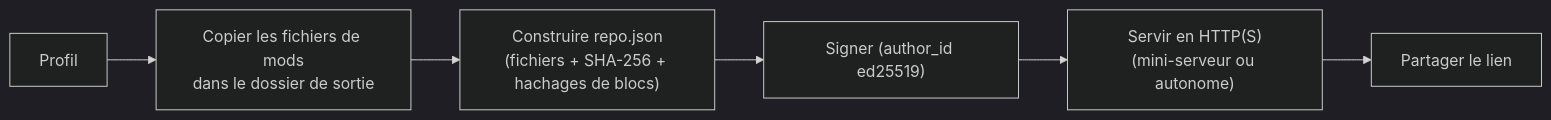
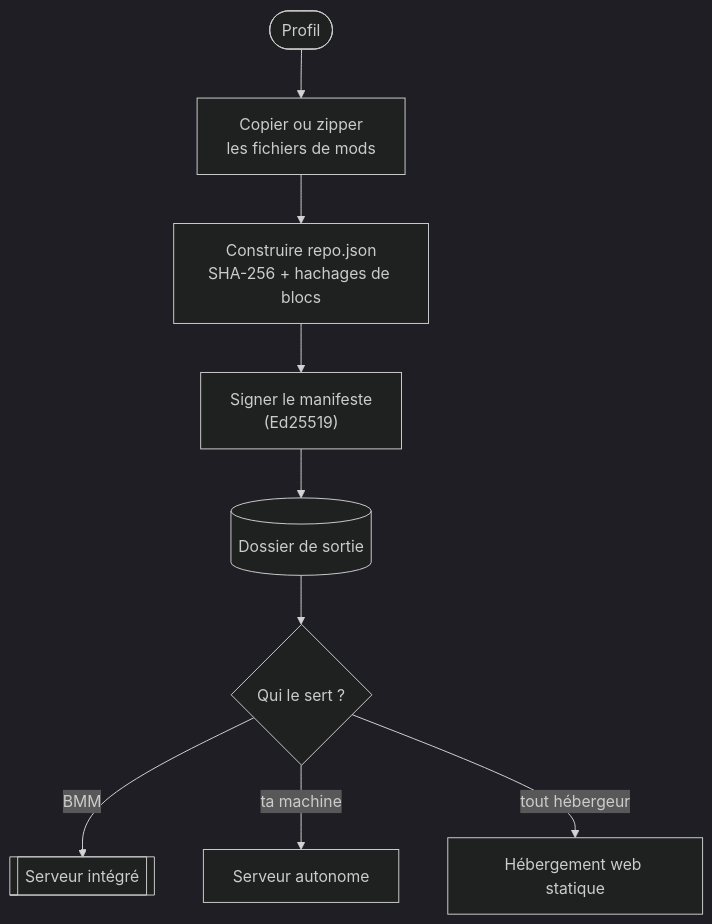
One commit to FreeProject089/BetterModsManager changed the first of 2 diagrams in frontend/assets/docs/fr/how-it-works/sync-repos.md. Above: the diagram before and after it, drawn with Mermaid (dark theme). The commit also changed other lines of this file and 176 other files, not shown here.

````diff
--- a/frontend/assets/docs/fr/how-it-works/sync-repos.md
+++ b/frontend/assets/docs/fr/how-it-works/sync-repos.md
@@ -61,8 +61,11 @@
 ```mermaid
-flowchart LR
-    PROF["Profil"] --> COPY["Copier les fichiers de mods<br/>dans le dossier de sortie"]
-    COPY --> GEN["Construire repo.json<br/>(fichiers + SHA-256 + hachages de blocs)"]
-    GEN --> SIGN["Signer (author_id ed25519)"]
-    SIGN --> SERVE["Servir en HTTP(S)<br/>(mini-serveur ou autonome)"]
-    SERVE --> LINK["Partager le lien"]
+flowchart TD
+    PROF(["Profil"]) --> COPY["Copier ou zipper<br/>les fichiers de mods"]
+    COPY --> GEN["Construire repo.json<br/>SHA-256 + hachages de blocs"]
+    GEN --> SIGN["Signer le manifeste<br/>(Ed25519)"]
+    SIGN --> OUT[("Dossier de sortie")]
+    OUT --> HOW{"Qui le sert ?"}
+    HOW -- "BMM" --> MINI[["Serveur intégré"]]
+    HOW -- "ta machine" --> STAND["Serveur autonome"]
+    HOW -- "tout hébergeur" --> STATIC["Hébergement web statique"]
 ```
````
